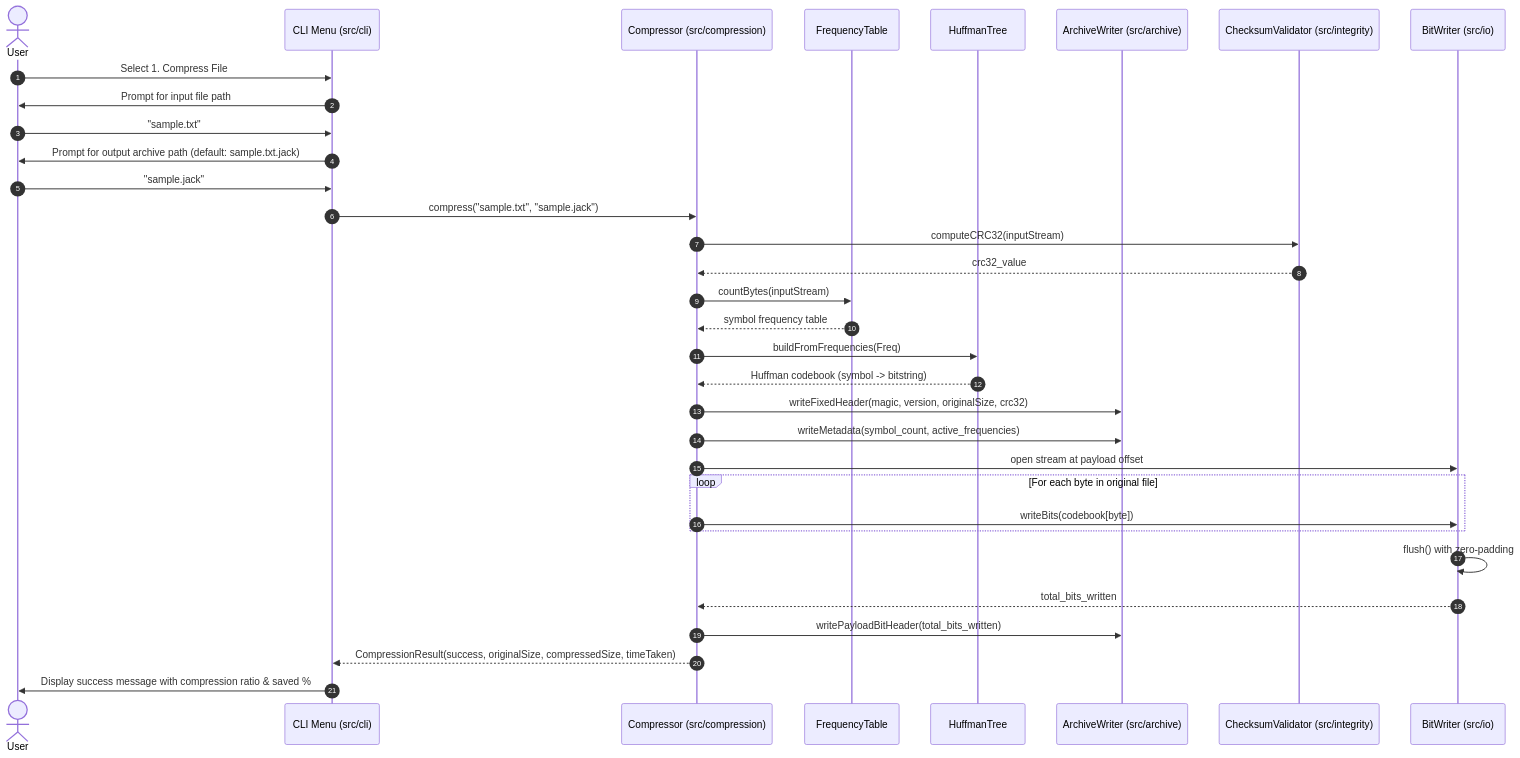
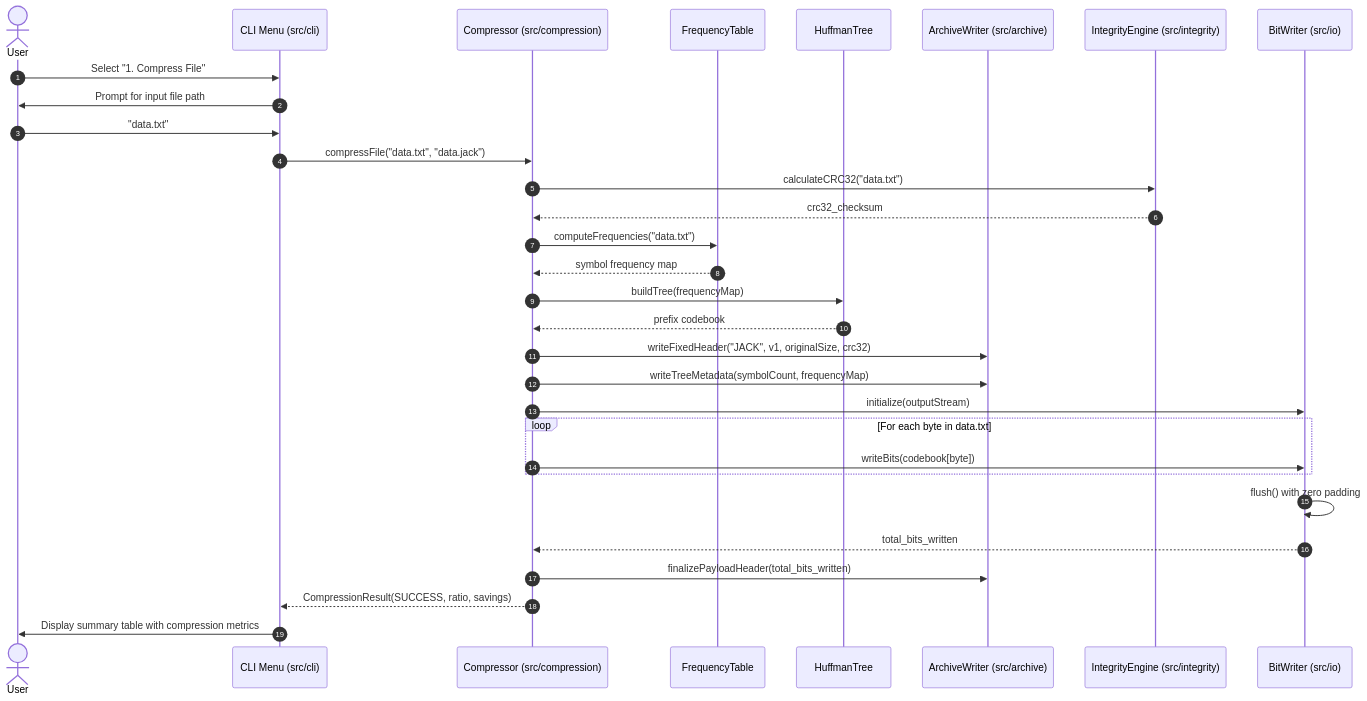
One commit to Saatwik-V/Software-Engineering-Jackfruit changed the second of 3 diagrams in docs/design/architecture-v0.1.md. Above: the diagram before and after it, drawn with Mermaid. The commit also changed other lines of this file and 9 other files, not shown here.

````diff
--- a/docs/design/architecture-v0.1.md
+++ b/docs/design/architecture-v0.1.md
@@ -174,42 +205,40 @@
 ```mermaid
 sequenceDiagram
     autonumber
     actor User
     participant CLI as CLI Menu (src/cli)
     participant Comp as Compressor (src/compression)
     participant Freq as FrequencyTable
     participant Tree as HuffmanTree
     participant Arch as ArchiveWriter (src/archive)
-    participant CRC as ChecksumValidator (src/integrity)
+    participant CRC as IntegrityEngine (src/integrity)
     participant BW as BitWriter (src/io)
 
-    User->>CLI: Select 1. Compress File
+    User->>CLI: Select "1. Compress File"
     CLI->>User: Prompt for input file path
-    User->>CLI: "sample.txt"
-    CLI->>User: Prompt for output archive path (default: sample.txt.jack)
-    User->>CLI: "sample.jack"
-
-    CLI->>Comp: compress("sample.txt", "sample.jack")
-    Comp->>CRC: computeCRC32(inputStream)
-    CRC-->>Comp: crc32_value
-
-    Comp->>Freq: countBytes(inputStream)
-    Freq-->>Comp: symbol frequency table
-
-    Comp->>Tree: buildFromFrequencies(Freq)
-    Tree-->>Comp: Huffman codebook (symbol -> bitstring)
-
-    Comp->>Arch: writeFixedHeader(magic, version, originalSize, crc32)
-    Comp->>Arch: writeMetadata(symbol_count, active_frequencies)
-
-    Comp->>BW: open stream at payload offset
-    loop For each byte in original file
+    User->>CLI: "data.txt"
+    CLI->>Comp: compressFile("data.txt", "data.jack")
+    
+    Comp->>CRC: calculateCRC32("data.txt")
+    CRC-->>Comp: crc32_checksum
+    
+    Comp->>Freq: computeFrequencies("data.txt")
+    Freq-->>Comp: symbol frequency map
+    
+    Comp->>Tree: buildTree(frequencyMap)
+    Tree-->>Comp: prefix codebook
+    
+    Comp->>Arch: writeFixedHeader("JACK", v1, originalSize, crc32)
+    Comp->>Arch: writeTreeMetadata(symbolCount, frequencyMap)
+    
+    Comp->>BW: initialize(outputStream)
+    loop For each byte in data.txt
         Comp->>BW: writeBits(codebook[byte])
     end
-    BW->>BW: flush() with zero-padding
+    BW->>BW: flush() with zero padding
     BW-->>Comp: total_bits_written
-
-    Comp->>Arch: writePayloadBitHeader(total_bits_written)
-    Comp-->>CLI: CompressionResult(success, originalSize, compressedSize, timeTaken)
-    CLI->>User: Display success message with compression ratio & saved %
+    
+    Comp->>Arch: finalizePayloadHeader(total_bits_written)
+    Comp-->>CLI: CompressionResult(SUCCESS, ratio, savings)
+    CLI->>User: Display summary table with compression metrics
 ```
````
